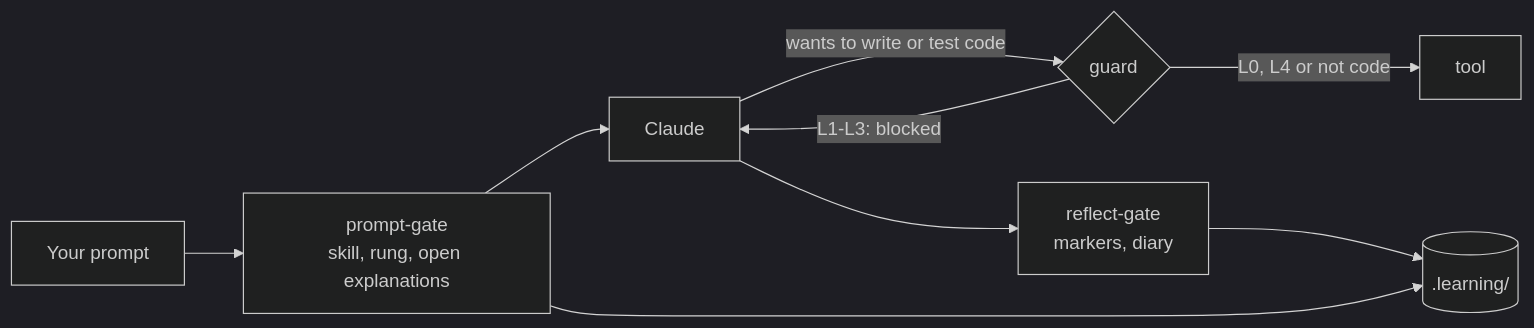
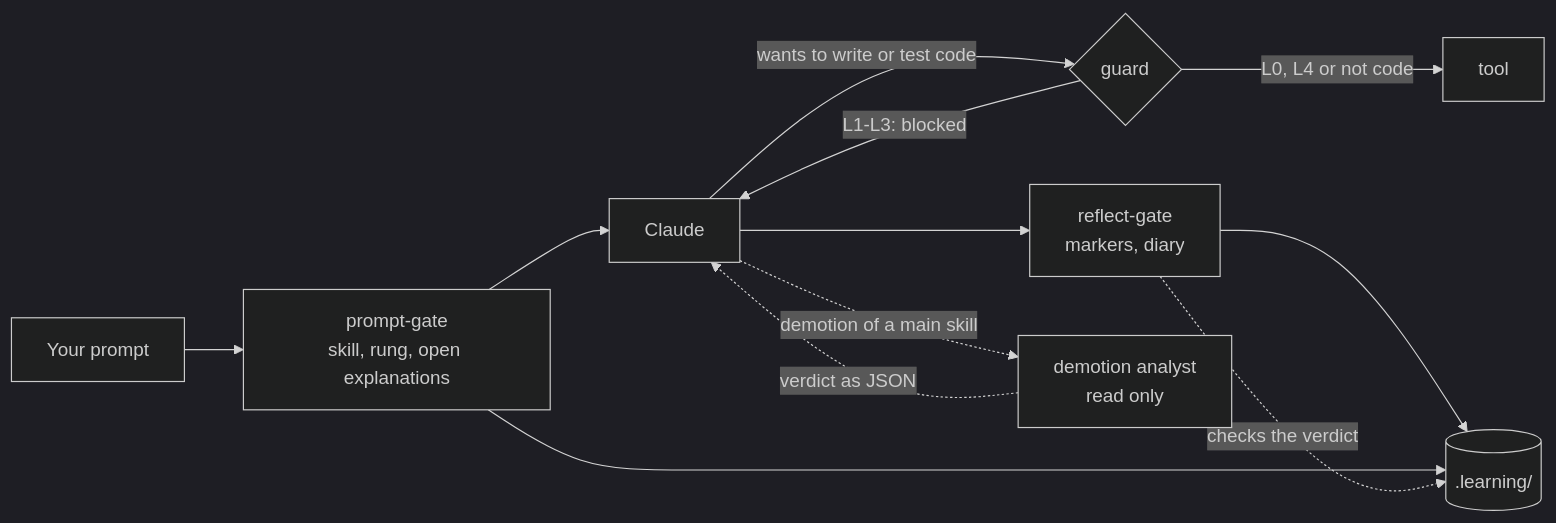
One commit to piethanegraaf/piethanegraaf.github.io changed the diagram in docs/en/how-it-works.md. Above: the diagram before and after it, drawn with Mermaid (dark theme). The commit also changed other lines of this file and 43 other files, not shown here.

````diff
--- a/docs/en/how-it-works.md
+++ b/docs/en/how-it-works.md
@@ -5,11 +5,14 @@
 ```mermaid
 flowchart LR
   P[Your prompt] --> G1[prompt-gate<br/>skill, rung, open explanations]
   G1 --> C[Claude]
   C -->|wants to write or test code| G2{guard}
   G2 -->|L1-L3: blocked| C
   G2 -->|L0, L4 or not code| T[tool]
   C --> S[reflect-gate<br/>markers, diary]
   S --> R[(.learning/)]
   G1 --> R
+  C -.->|demotion of a main skill| A[demotion analyst<br/>read only]
+  A -.->|verdict as JSON| C
+  S -.->|checks the verdict| R
 ```
````
